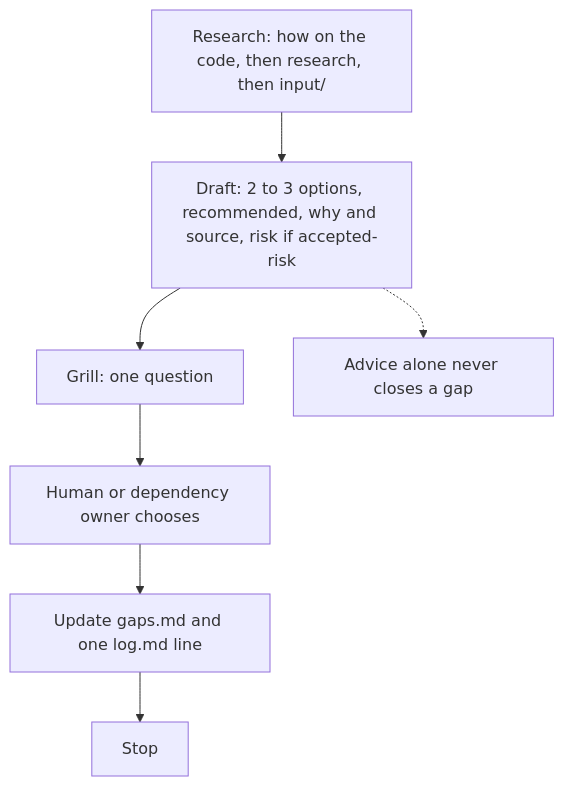
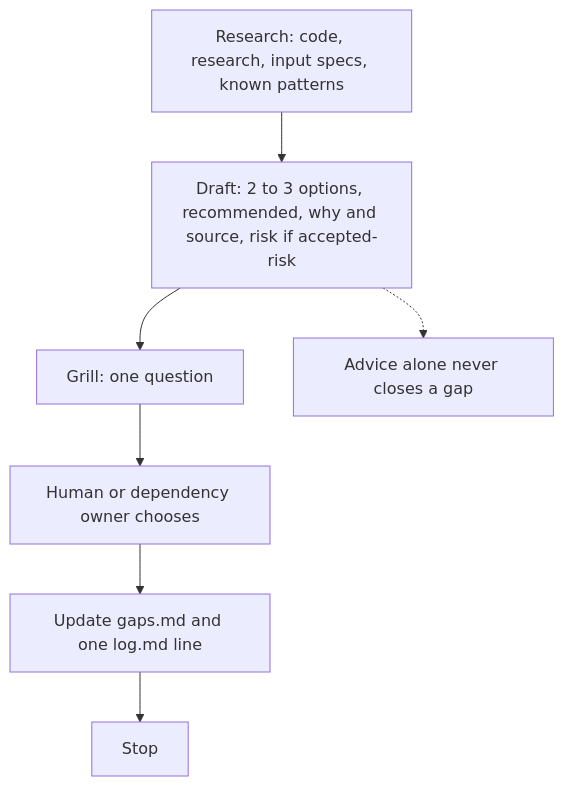
Before and after one commit to svennijhuis/agentPacks: the first of 3 diagrams in plugins/productivity/README.md, drawn with Mermaid. The commit also changed other lines of this file and 1 other file, not shown here.

````diff
--- a/plugins/productivity/README.md
+++ b/plugins/productivity/README.md
@@ -72,9 +74,9 @@
 ```mermaid
 flowchart TD
-  research["Research: how on the code, then research, then input/"] --> advice["Draft: 2 to 3 options, recommended, why and source, risk if accepted-risk"]
+  research["Research: code, research, input specs, known patterns"] --> advice["Draft: 2 to 3 options, recommended, why and source, risk if accepted-risk"]
   advice --> grill["Grill: one question"]
   grill --> choice["Human or dependency owner chooses"]
   choice --> record["Update gaps.md and one log.md line"]
   record --> halt["Stop"]
   advice -.-> never["Advice alone never closes a gap"]
 ```
````
